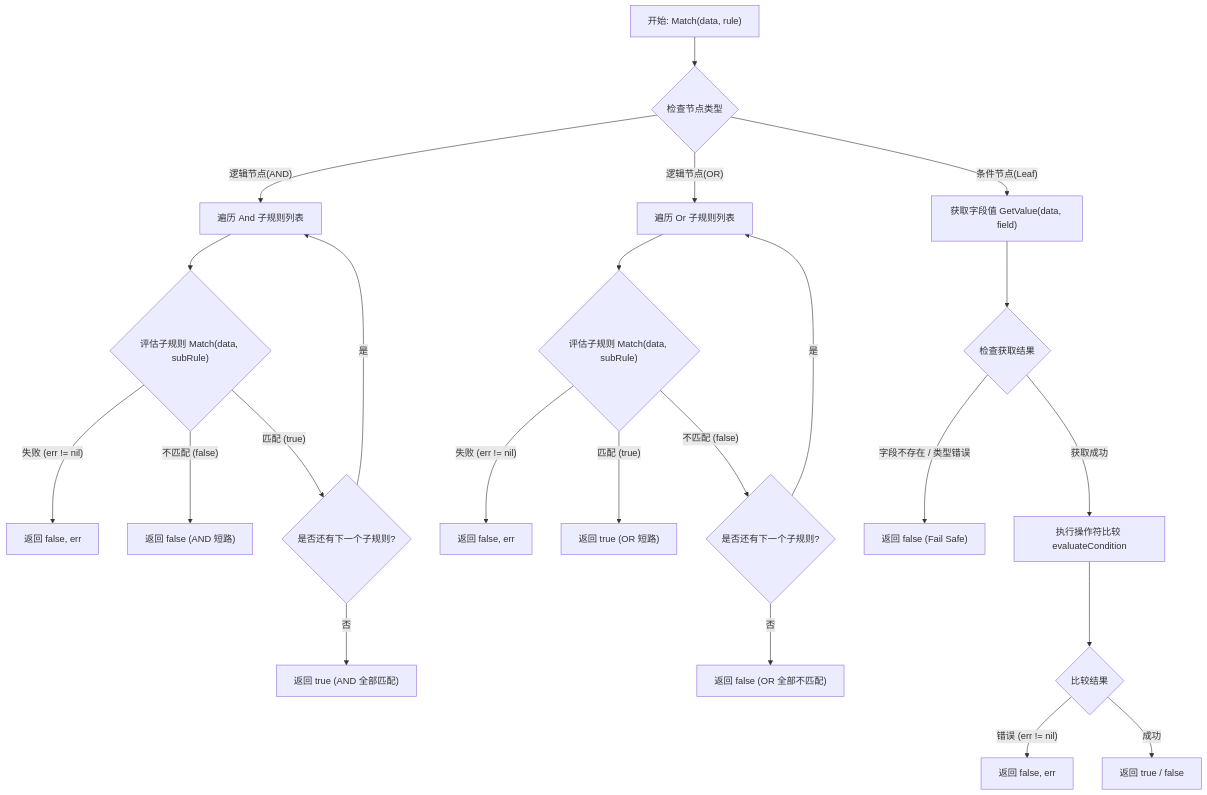
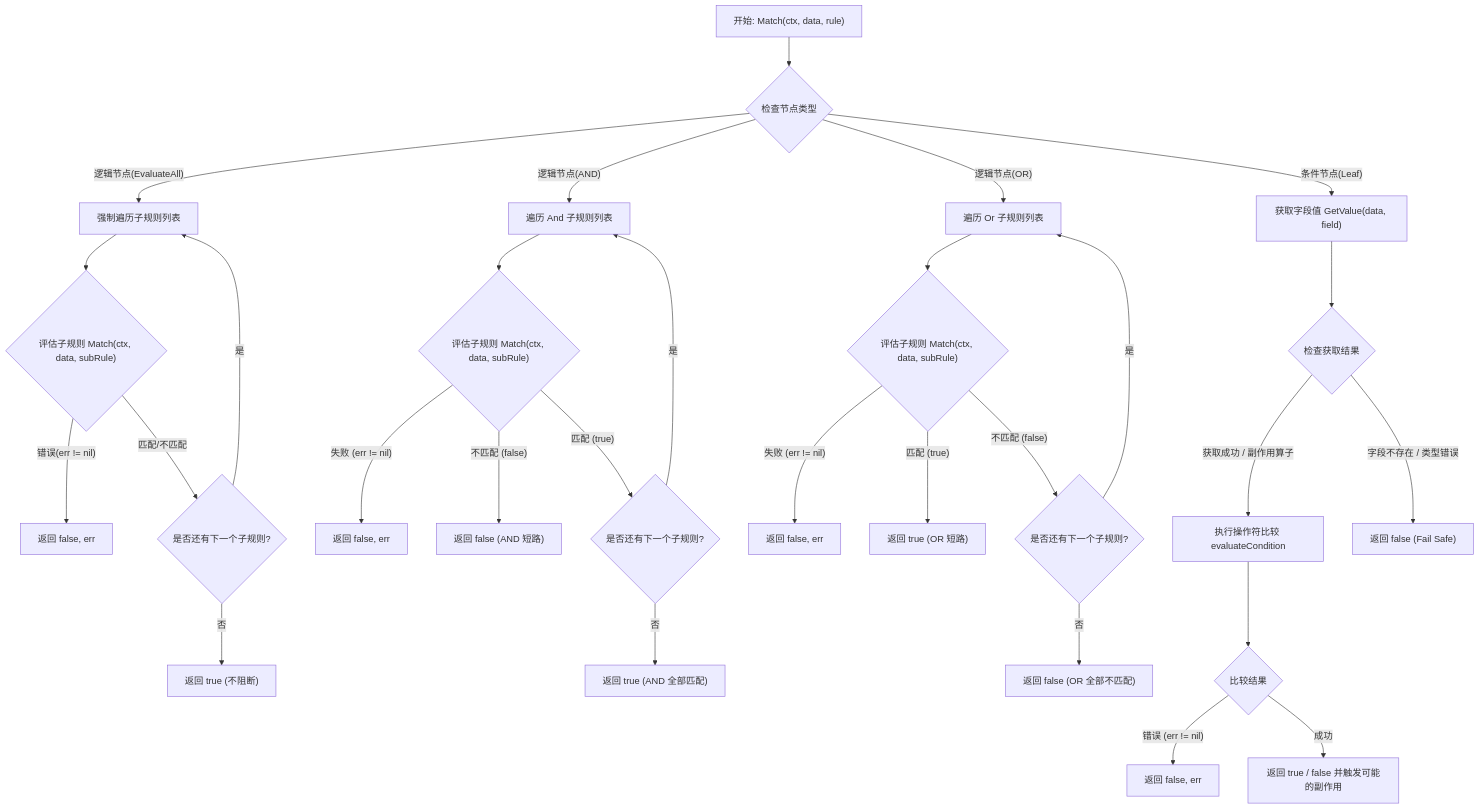
The diagram in internal/pkg/matcher/README.md (sun977/TagMatrix), drawn with Mermaid before and after one commit. The commit also changed other lines of this file and 2 other files, not shown here.

````diff
--- a/internal/pkg/matcher/README.md
+++ b/internal/pkg/matcher/README.md
@@ -145,28 +196,35 @@
 ```mermaid
 graph TD
-    A["开始: Match(data, rule)"] --> B{"检查节点类型"}
+    A["开始: Match(ctx, data, rule)"] --> B{"检查节点类型"}
+
+    B -->|"逻辑节点(EvaluateAll)"| EA["强制遍历子规则列表"]
+    EA --> EB{"评估子规则 Match(ctx, data, subRule)"}
+    EB -->|"错误(err != nil)"| EC["返回 false, err"]
+    EB -->|"匹配/不匹配"| ED{"是否还有下一个子规则?"}
+    ED -->|"是"| EA
+    ED -->|"否"| EE["返回 true (不阻断)"]
 
     B -->|"逻辑节点(AND)"| C["遍历 And 子规则列表"]
-    C --> D{"评估子规则 Match(data, subRule)"}
+    C --> D{"评估子规则 Match(ctx, data, subRule)"}
     D -->|"失败 (err != nil)"| E["返回 false, err"]
     D -->|"不匹配 (false)"| F["返回 false (AND 短路)"]
     D -->|"匹配 (true)"| G{"是否还有下一个子规则?"}
     G -->|"是"| C
     G -->|"否"| H["返回 true (AND 全部匹配)"]
 
     B -->|"逻辑节点(OR)"| I["遍历 Or 子规则列表"]
-    I --> J{"评估子规则 Match(data, subRule)"}
+    I --> J{"评估子规则 Match(ctx, data, subRule)"}
     J -->|"失败 (err != nil)"| K["返回 false, err"]
     J -->|"匹配 (true)"| L["返回 true (OR 短路)"]
     J -->|"不匹配 (false)"| M{"是否还有下一个子规则?"}
     M -->|"是"| I
     M -->|"否"| N["返回 false (OR 全部不匹配)"]
 
     B -->|"条件节点(Leaf)"| O["获取字段值 GetValue(data, field)"]
     O --> P{"检查获取结果"}
+    P -->|"获取成功 / 副作用算子"| R["执行操作符比较 evaluateCondition"]
     P -->|"字段不存在 / 类型错误"| Q["返回 false (Fail Safe)"]
-    P -->|"获取成功"| R["执行操作符比较 evaluateCondition"]
     R --> S{"比较结果"}
     S -->|"错误 (err != nil)"| T["返回 false, err"]
-    S -->|"成功"| U["返回 true / false"]
+    S -->|"成功"| U["返回 true / false 并触发可能的副作用"]
 ```
````
